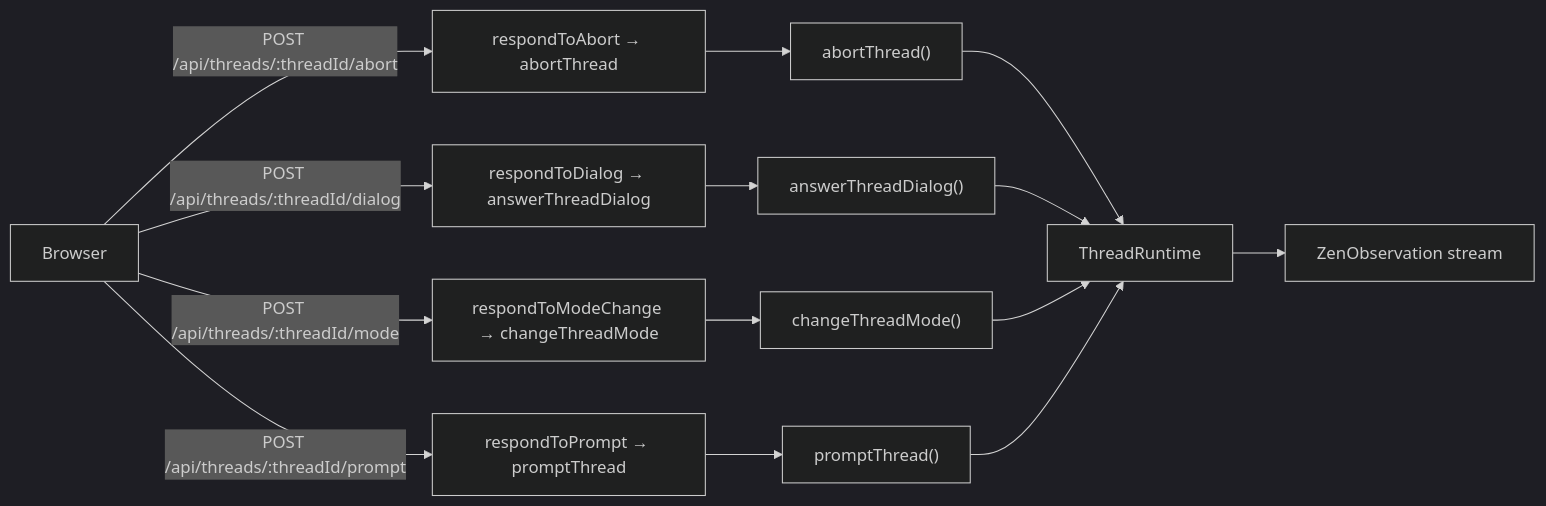
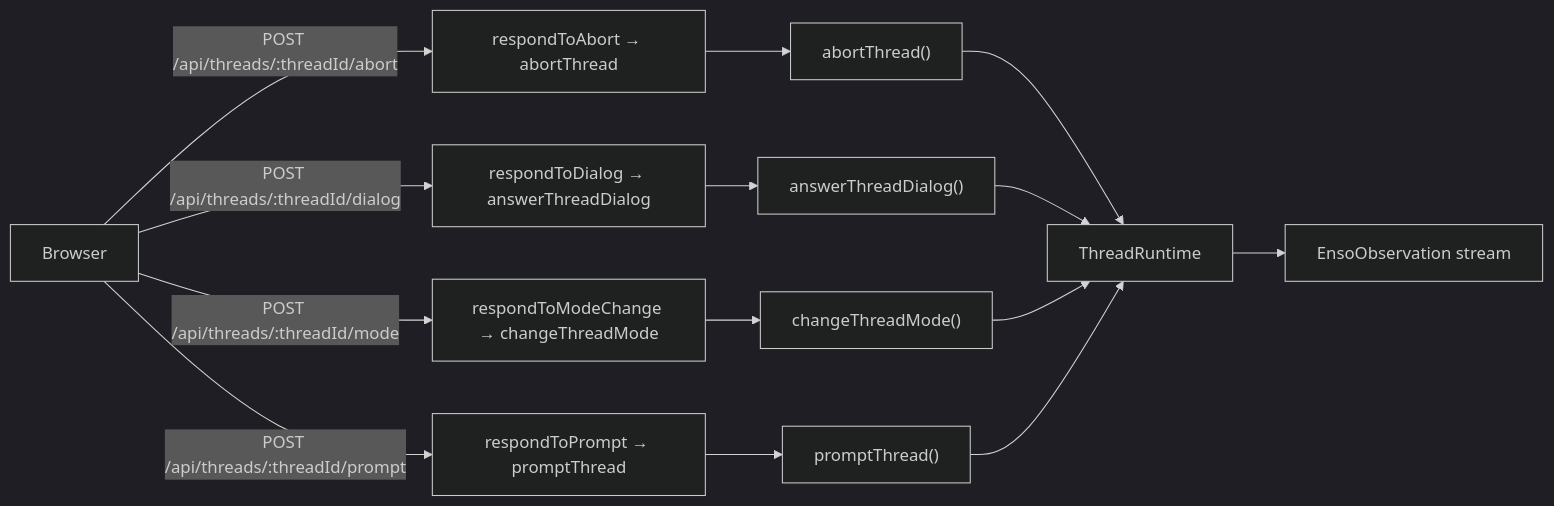
The first of 2 diagrams in docs/reference/flows.md (dopamine911/enso-harness), drawn with Mermaid (dark theme) before and after one commit. The commit also changed other lines of this file and 221 other files, not shown here.

First line of the commit message:
zen-harness is Enso

````diff
--- a/docs/reference/flows.md
+++ b/docs/reference/flows.md
@@ -10,17 +10,17 @@
 ```mermaid
 flowchart LR
   Browser["Browser"]
   Browser -->|POST /api/threads/:threadId/abort| R_POST_api_threads_threadId_abort["respondToAbort → abortThread"]
   R_POST_api_threads_threadId_abort --> H_respondToAbort_abortThread["abortThread()"]
   H_respondToAbort_abortThread --> Runtime
   Browser -->|POST /api/threads/:threadId/dialog| R_POST_api_threads_threadId_dialog["respondToDialog → answerThreadDialog"]
   R_POST_api_threads_threadId_dialog --> H_respondToDialog_answerThreadDialog["answerThreadDialog()"]
   H_respondToDialog_answerThreadDialog --> Runtime
   Browser -->|POST /api/threads/:threadId/mode| R_POST_api_threads_threadId_mode["respondToModeChange → changeThreadMode"]
   R_POST_api_threads_threadId_mode --> H_respondToModeChange_changeThreadMode["changeThreadMode()"]
   H_respondToModeChange_changeThreadMode --> Runtime
   Browser -->|POST /api/threads/:threadId/prompt| R_POST_api_threads_threadId_prompt["respondToPrompt → promptThread"]
   R_POST_api_threads_threadId_prompt --> H_respondToPrompt_promptThread["promptThread()"]
   H_respondToPrompt_promptThread --> Runtime
-  Runtime["ThreadRuntime"] --> Observations["ZenObservation stream"]
+  Runtime["ThreadRuntime"] --> Observations["EnsoObservation stream"]
 ```
````
